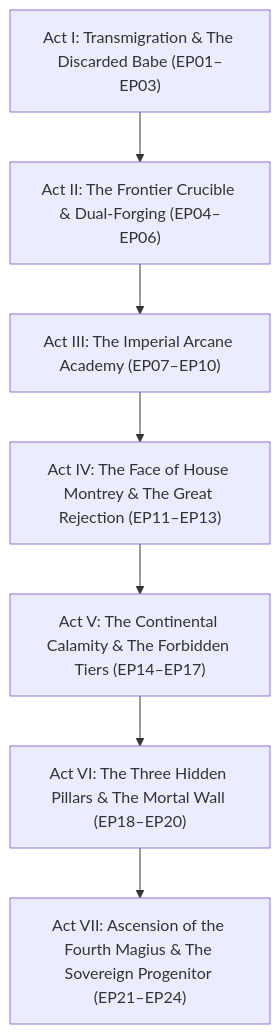
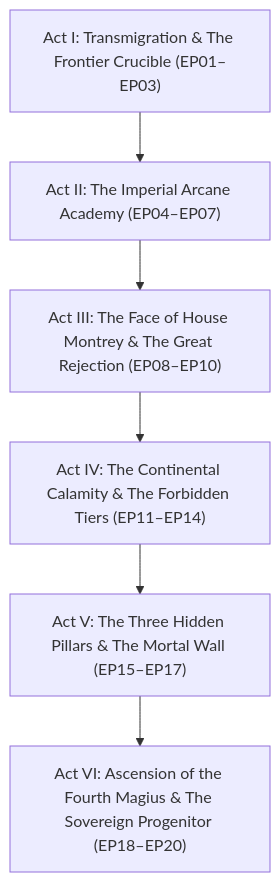
Before and after one commit to xxmichael20xx/manhwa-recap-studio: the second of 2 diagrams in 01_Franchises/Series_05_The_Fourth_Magius/00_Series_Bible_and_Character_DNA/Series_Bible.md, drawn with Mermaid. The commit also changed other lines of this file and 26 other files, not shown here.

````diff
--- a/01_Franchises/Series_05_The_Fourth_Magius/00_Series_Bible_and_Character_DNA/Series_Bible.md
+++ b/01_Franchises/Series_05_The_Fourth_Magius/00_Series_Bible_and_Character_DNA/Series_Bible.md
@@ -88,9 +88,8 @@
 ```mermaid
 flowchart TD
-    Act1["Act I: Transmigration & The Discarded Babe (EP01–EP03)"] --> Act2["Act II: The Frontier Crucible & Dual-Forging (EP04–EP06)"]
-    Act2 --> Act3["Act III: The Imperial Arcane Academy (EP07–EP10)"]
-    Act3 --> Act4["Act IV: The Face of House Montrey & The Great Rejection (EP11–EP13)"]
-    Act4 --> Act5["Act V: The Continental Calamity & The Forbidden Tiers (EP14–EP17)"]
-    Act5 --> Act6["Act VI: The Three Hidden Pillars & The Mortal Wall (EP18–EP20)"]
-    Act6 --> Act7["Act VII: Ascension of the Fourth Magius & The Sovereign Progenitor (EP21–EP24)"]
+    Act1["Act I: Transmigration & The Frontier Crucible (EP01–EP03)"] --> Act2["Act II: The Imperial Arcane Academy (EP04–EP07)"]
+    Act2 --> Act3["Act III: The Face of House Montrey & The Great Rejection (EP08–EP10)"]
+    Act3 --> Act4["Act IV: The Continental Calamity & The Forbidden Tiers (EP11–EP14)"]
+    Act4 --> Act5["Act V: The Three Hidden Pillars & The Mortal Wall (EP15–EP17)"]
+    Act5 --> Act6["Act VI: Ascension of the Fourth Magius & The Sovereign Progenitor (EP18–EP20)"]
 ```
````
